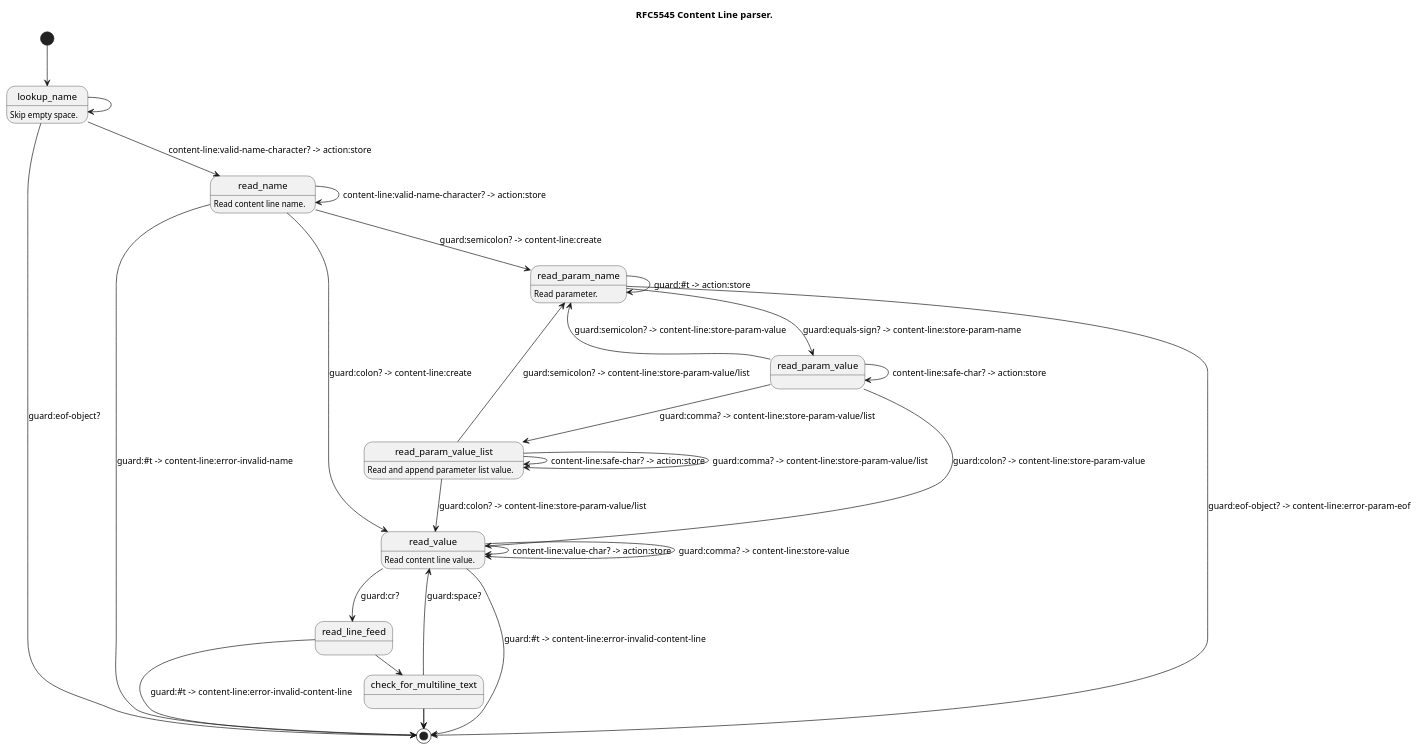
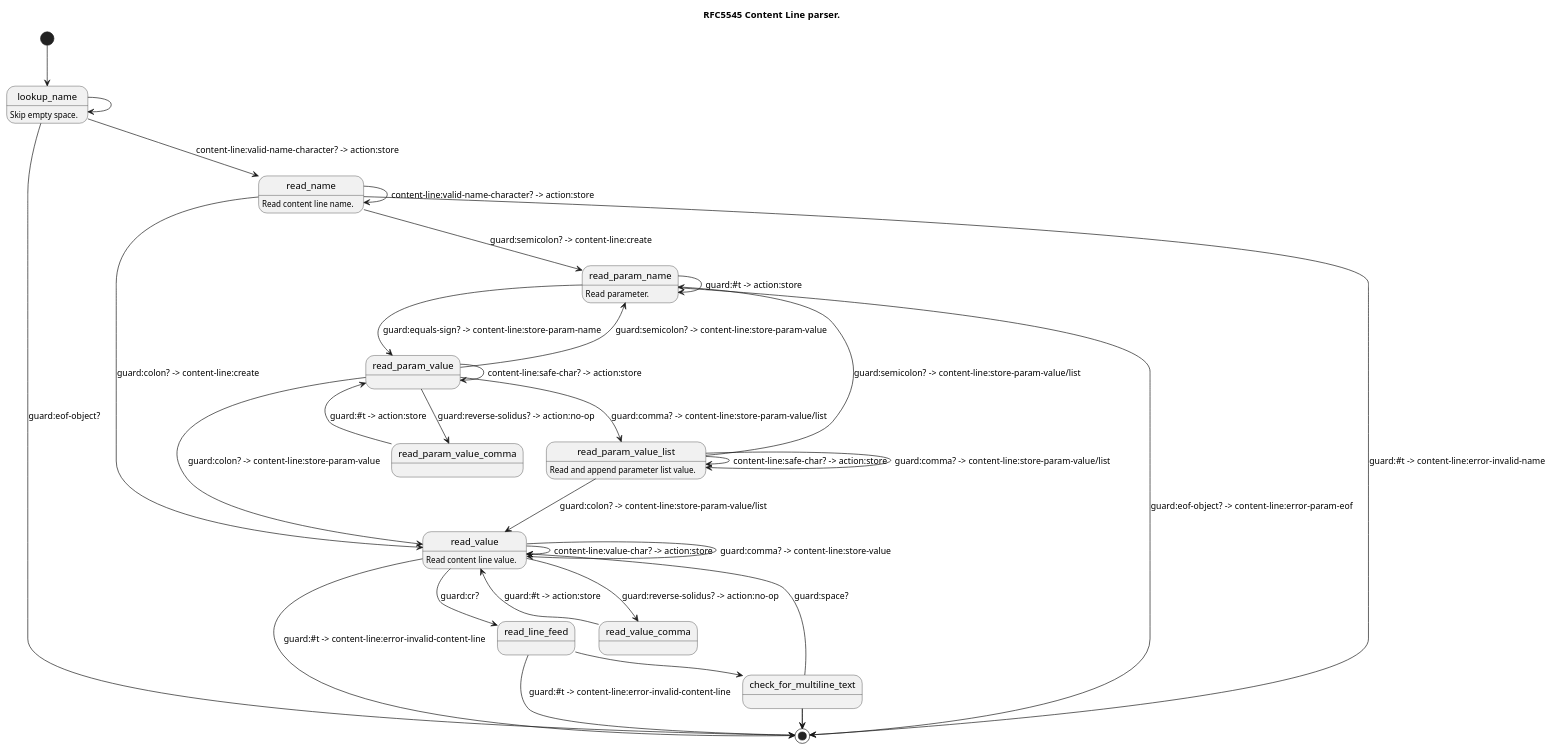
One commit to artyom-poptsov/guile-ics changed the diagram in modules/ics/fsm/content-line-parser.puml. Above: the diagram before and after it, drawn with PlantUML. The commit also changed 1 other file, not shown here.

Commit message:
fsm/content-line-parser.puml: Read escaped commas
* modules/ics/fsm/content-line-parser.puml (read_value, read_param_value):
  Handle escaped commas.
  (read_value_comma, read_param_value_comma): New states.
* tests/content-line-parser.scm
  ("correct property: list of values with escaped comma"): New test.

```diff
--- a/modules/ics/fsm/content-line-parser.puml
+++ b/modules/ics/fsm/content-line-parser.puml
@@ -1,88 +1,94 @@
 @startuml
 title RFC5545 Content Line parser.
 
 ' ---------------------------------------------------------------------------
 ' Content Line ABNF:
 '   contentline   = name *(";" param ) ":" value CRLF
 '
 ' <https://datatracker.ietf.org/doc/html/rfc5545#section-3.1>
 
 [*] --> lookup_name
 
 ' ---------------------------------------------------------------------------
 ' name          = iana-token / x-name
 ' iana-token    = 1*(ALPHA / DIGIT / "-")
 '   ; iCalendar identifier registered with IANA
 '
 ' x-name        = "X-" [vendorid "-"] 1*(ALPHA / DIGIT / "-")
 '   ; Reserved for experimental use.
 ' vendorid      = 3*(ALPHA / DIGIT)
 '   ; Vendor identification
 
 lookup_name: Skip empty space.
 lookup_name --> [*]: guard:eof-object?
 lookup_name --> read_name: content-line:valid-name-character? -> action:store
 lookup_name ->  lookup_name
 
 read_name: Read content line name.
 read_name --> read_param_name: guard:semicolon? -> content-line:create
 read_name --> read_value:      guard:colon? -> content-line:create
 read_name --> read_name:       content-line:valid-name-character? -> action:store
 read_name --> [*]:             guard:#t -> content-line:error-invalid-name
 
 ' ---------------------------------------------------------------------------
 ' param         = param-name "=" param-value *("," param-value)
 ' param-name    = iana-token / x-name
 
 read_param_name: Read parameter.
 read_param_name --> read_param_value: guard:equals-sign? -> content-line:store-param-name
 read_param_name --> [*]:              guard:eof-object? -> content-line:error-param-eof
 read_param_name ->  read_param_name:  guard:#t -> action:store
 
 ' ---------------------------------------------------------------------------
 ' param-value   = paramtext / quoted-string
 ' paramtext     = *SAFE-CHAR
 ' quoted-string = DQUOTE *QSAFE-CHAR DQUOTE
 ' SAFE-CHAR     = WSP / %x21 / %x23-2B / %x2D-39 / %x3C-7E
 '                   / NON-US-ASCII
 ' QSAFE-CHAR    = WSP / %x21 / %x23-7E / NON-US-ASCII
 '   ; Any character except CONTROL and DQUOTE
 
-read_param_value --> read_param_name:       guard:semicolon? -> content-line:store-param-value
-read_param_value --> read_value:            guard:colon? -> content-line:store-param-value
-read_param_value --> read_param_value_list: guard:comma? -> content-line:store-param-value/list
-read_param_value ->  read_param_value:      content-line:safe-char? -> action:store
+read_param_value --> read_param_name:        guard:semicolon? -> content-line:store-param-value
+read_param_value --> read_param_value_comma: guard:reverse-solidus? -> action:no-op
+read_param_value --> read_value:             guard:colon? -> content-line:store-param-value
+read_param_value --> read_param_value_list:  guard:comma? -> content-line:store-param-value/list
+read_param_value ->  read_param_value:       content-line:safe-char? -> action:store
+
+read_param_value_comma --> read_param_value: guard:#t -> action:store
 
 ' ---------------------------------------------------------------------------
 ' List and Field Separators:
 ' <https://datatracker.ietf.org/doc/html/rfc5545#section-3.1.1>
 
 read_param_value_list: Read and append parameter list value.
 read_param_value_list --> read_param_name:       guard:semicolon? -> content-line:store-param-value/list
 read_param_value_list --> read_value:            guard:colon? -> content-line:store-param-value/list
 read_param_value_list --> read_param_value_list: guard:comma? -> content-line:store-param-value/list
 read_param_value_list ->  read_param_value_list: content-line:safe-char? -> action:store
 
 ' ---------------------------------------------------------------------------
 ' VALUE-CHAR    = WSP / %x21-7E / NON-US-ASCII
 '   ; Any textual characters
 ' NON-US-ASCII  = UTF8-2 / UTF8-3 / UTF8-4
 '   ; UTF8-2, UTF8-3, and UTF8-4 are defined in [RFC3629]
 '
 ' CONTROL       = %x00-08 / %x0A-1F / %x7F
 '   ; All the controls except HTAB
 
 read_value: Read content line value.
-read_value --> read_line_feed:  guard:cr?
-read_value --> read_value:      guard:comma? -> content-line:store-value
-read_value ->  read_value:      content-line:value-char? -> action:store
-read_value --> [*]:             guard:#t -> content-line:error-invalid-content-line
+read_value --> read_line_feed:   guard:cr?
+read_value --> read_value_comma: guard:reverse-solidus? -> action:no-op
+read_value --> read_value:       guard:comma? -> content-line:store-value
+read_value ->  read_value:       content-line:value-char? -> action:store
+read_value --> [*]:              guard:#t -> content-line:error-invalid-content-line
+
+read_value_comma --> read_value: guard:#t -> action:store
 
 read_line_feed ->  check_for_multiline_text: guard:lf?
 read_line_feed --> [*]: guard:#t -> content-line:error-invalid-content-line
 
 check_for_multiline_text -> [*]: guard:eof-object? -> content-line:store-value
 check_for_multiline_text -> read_value: guard:space?
 check_for_multiline_text -> [*]: guard:#t -> content-line:store-value/unget-char
 
 @enduml
```
